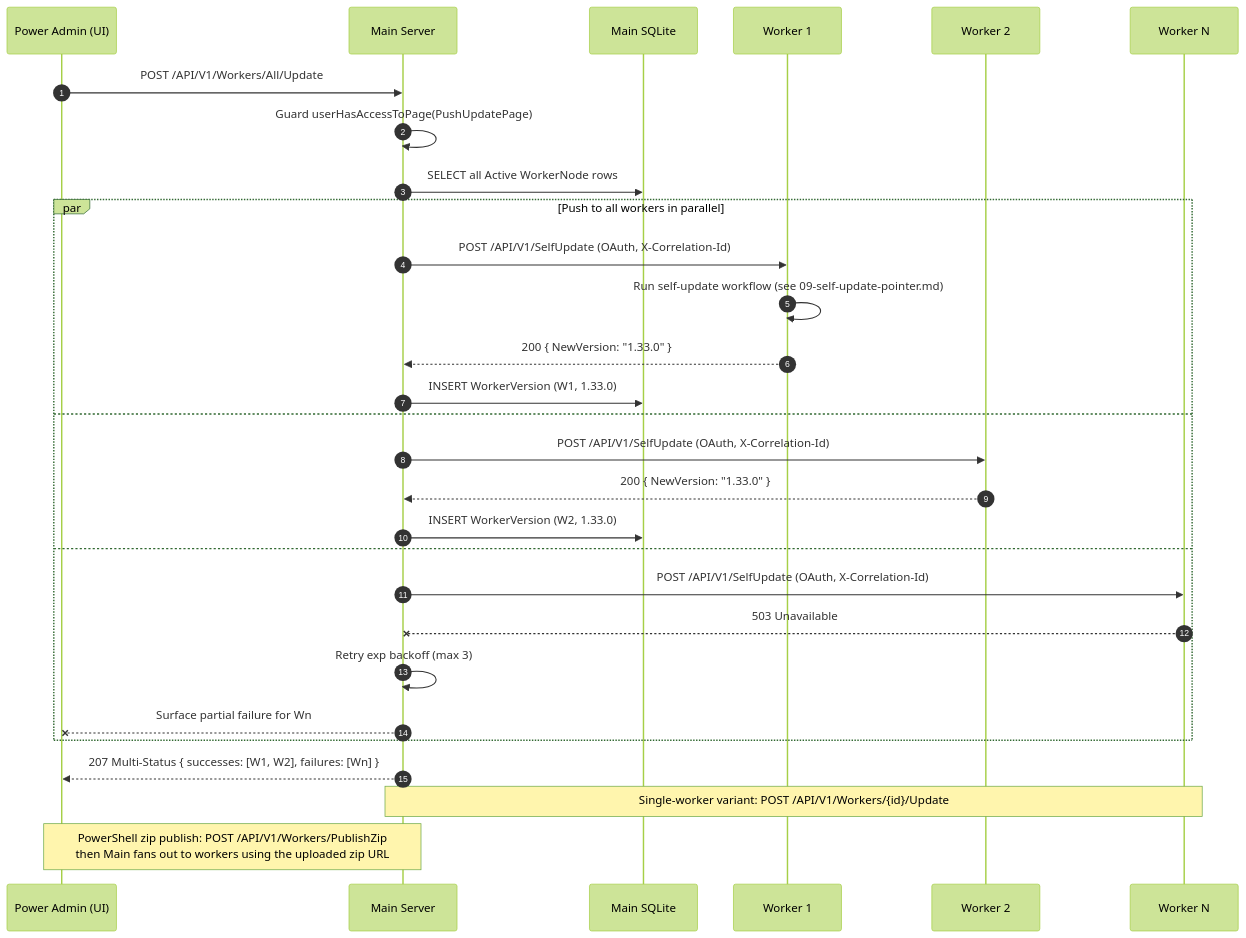
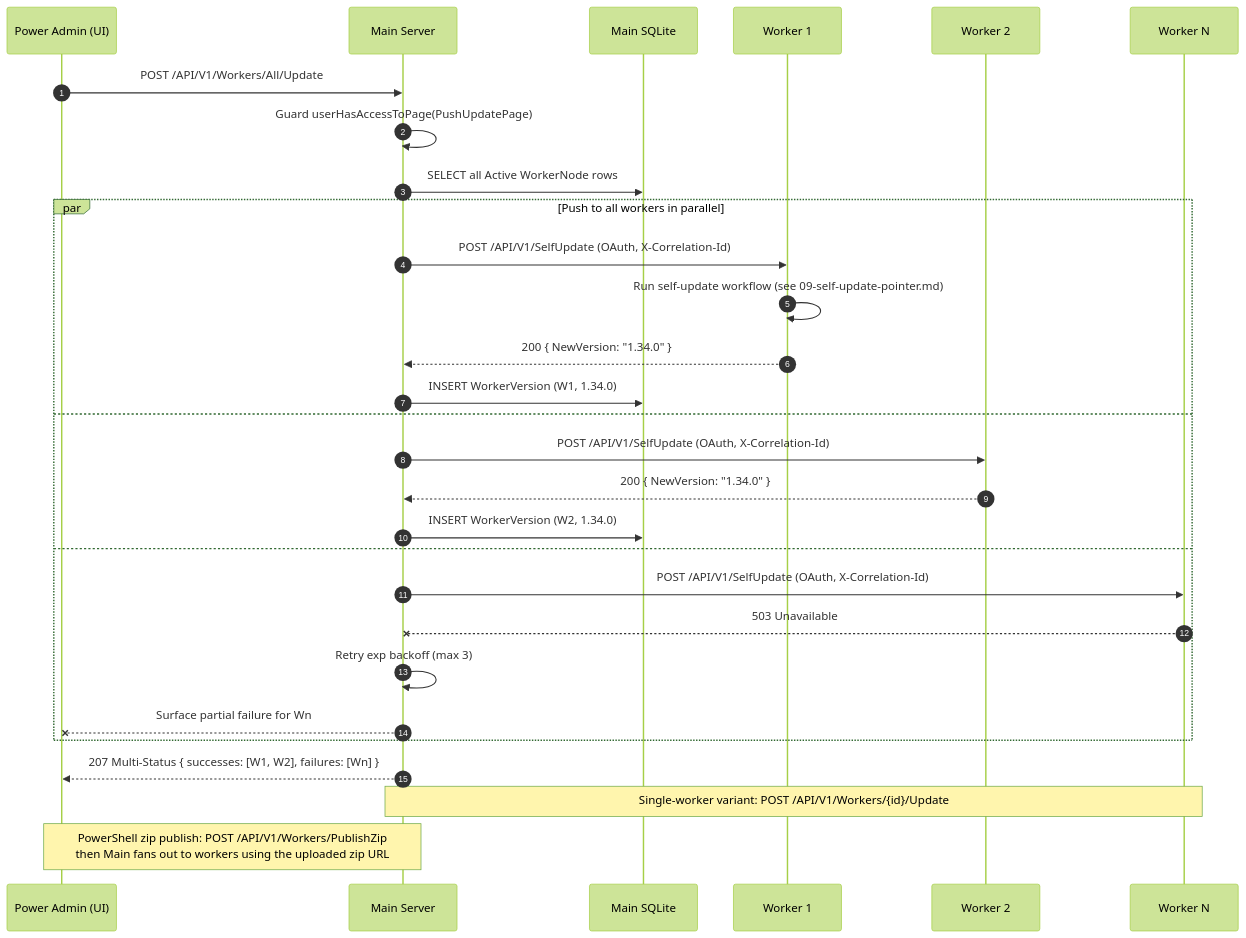
Before and after one commit to alimtvnetwork/prompt-architect-v2: the diagram in spec/19-main-worker-service/diagrams/seq-push-update.mmd, drawn with Mermaid (forest theme). The commit also changed 15 other files, not shown here.

```diff
--- a/spec/19-main-worker-service/diagrams/seq-push-update.mmd
+++ b/spec/19-main-worker-service/diagrams/seq-push-update.mmd
@@ -1,43 +1,43 @@
 %% ==========================================================
 %% NON-AUTHORITATIVE PROJECTION
 %% ==========================================================
 %% Subject:        Power-Admin push-update fan-out
 %% Authoritative:  spec/14-update/28-worker-push-instruction.md + spec/19/15-tunable-constants.md
 %% Status:         Illustrative only. If this diagram disagrees
 %%                 with the authoritative spec(s) above, the
 %%                 spec wins and this file is the bug.
 %% Banner version: 1.0.0 (2026-05-04, audit fix #9)
 %% ==========================================================
 sequenceDiagram
     autonumber
     participant Admin as Power Admin (UI)
     participant Main as Main Server
     participant DB as Main SQLite
     participant W1 as Worker 1
     participant W2 as Worker 2
     participant Wn as Worker N
 
     Admin->>Main: POST /API/V1/Workers/All/Update
     Main->>Main: Guard userHasAccessToPage(PushUpdatePage)
     Main->>DB: SELECT all Active WorkerNode rows
 
     par Push to all workers in parallel
         Main->>W1: POST /API/V1/SelfUpdate (OAuth, X-Correlation-Id)
         W1->>W1: Run self-update workflow (see 09-self-update-pointer.md)
-        W1-->>Main: 200 { NewVersion: "1.33.0" }
-        Main->>DB: INSERT WorkerVersion (W1, 1.33.0)
+        W1-->>Main: 200 { NewVersion: "1.34.0" }
+        Main->>DB: INSERT WorkerVersion (W1, 1.34.0)
     and
         Main->>W2: POST /API/V1/SelfUpdate (OAuth, X-Correlation-Id)
-        W2-->>Main: 200 { NewVersion: "1.33.0" }
-        Main->>DB: INSERT WorkerVersion (W2, 1.33.0)
+        W2-->>Main: 200 { NewVersion: "1.34.0" }
+        Main->>DB: INSERT WorkerVersion (W2, 1.34.0)
     and
         Main->>Wn: POST /API/V1/SelfUpdate (OAuth, X-Correlation-Id)
         Wn--xMain: 503 Unavailable
         Main->>Main: Retry exp backoff (max 3)
         Main--xAdmin: Surface partial failure for Wn
     end
 
     Main-->>Admin: 207 Multi-Status { successes: [W1, W2], failures: [Wn] }
 
     Note over Main,Wn: Single-worker variant: POST /API/V1/Workers/{id}/Update
     Note over Admin,Main: PowerShell zip publish: POST /API/V1/Workers/PublishZip<br/>then Main fans out to workers using the uploaded zip URL
```
